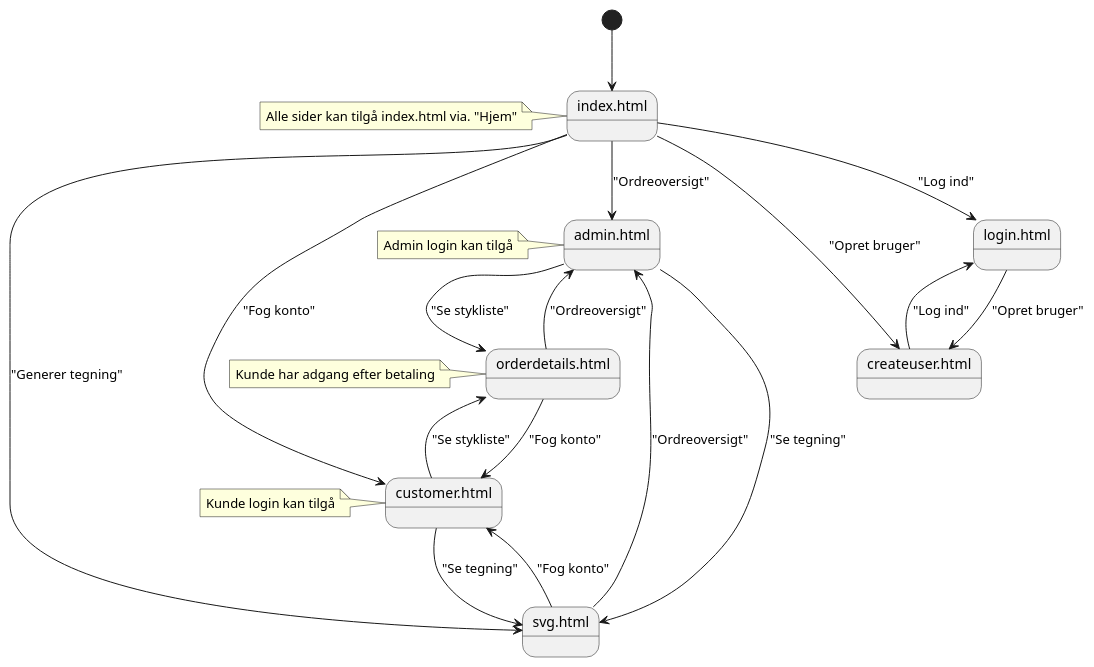
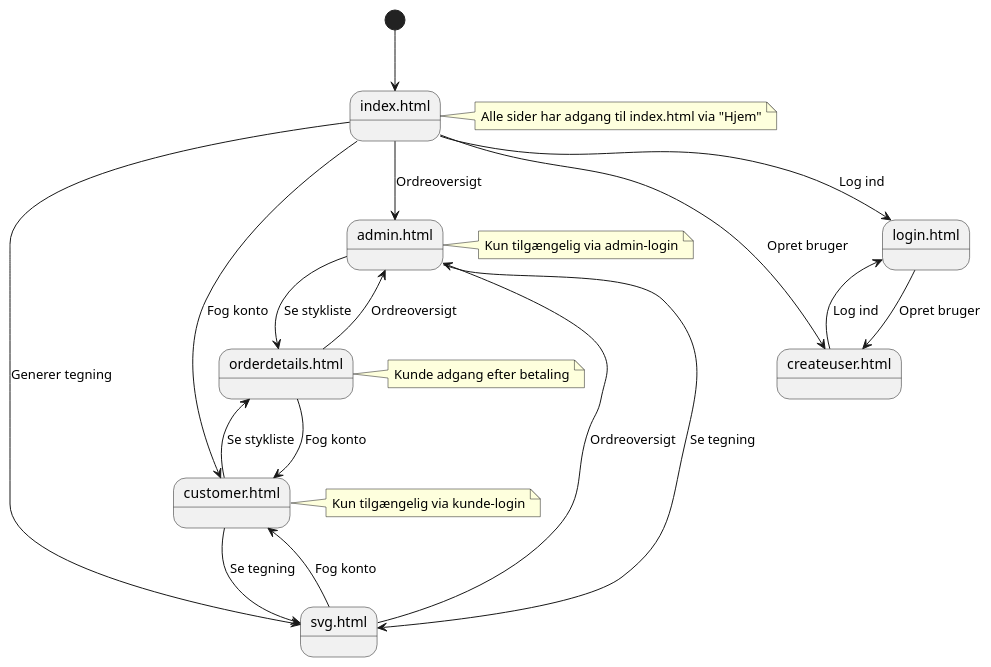
The diagram in docs/navigation_diagram2.puml (Mikkel-ao/Carport), drawn with PlantUML before and after one commit. The commit also changed 2 other files, not shown here.

Commit message:
Updated navigation diagrams

```diff
--- a/docs/navigation_diagram2.puml
+++ b/docs/navigation_diagram2.puml
@@ -1,42 +1,59 @@
 @startuml
+
 ' Initial state
 [*] --> Index
 
-
-' state to allow naming and coloring
+' States
 state "index.html" as Index
 state "login.html" as Login
 state "createuser.html" as Opret
 state "admin.html" as Admin
 state "customer.html" as Customer
 state "svg.html" as SVG
 state "orderdetails.html" as OrderDetails
 
-' States
-Index --> Login : "Log ind"
-Index --> Opret : "Opret bruger"
-Index --> Admin : "Ordreoversigt"
-Index --> Customer : "Fog konto"
-Index --> SVG : "Generer tegning"
-note left of Index : Alle sider kan tilgå index.html via. "Hjem"
-note left of Admin : Admin login kan tilgå
-note left of Customer : Kunde login kan tilgå
+' Navigation fra Index
+Index --> Login : Log ind
+Index --> Opret : Opret bruger
+Index --> Admin : Ordreoversigt
+Index --> Customer : Fog konto
+Index --> SVG : Generer tegning
 
-Login --> Opret : "Opret bruger"
+' Login og opret bruger
+Login --> Opret : Opret bruger
+Opret --> Login : Log ind
 
-Opret --> Login : "Log ind"
+' Admin navigation
+Admin --> SVG : Se tegning
+Admin --> OrderDetails : Se stykliste
 
-Admin --> SVG : "Se tegning"
-Admin --> OrderDetails : "Se stykliste"
+' Customer navigation
+Customer --> SVG : Se tegning
+Customer --> OrderDetails : Se stykliste
 
-Customer --> SVG : "Se tegning"
-Customer --> OrderDetails : "Se stykliste"
+' SVG navigation
+SVG --> Customer : Fog konto
+SVG --> Admin : Ordreoversigt
 
-SVG --> Customer : "Fog konto"
-SVG --> Admin : "Ordreoversigt"
+' OrderDetails navigation
+OrderDetails --> Admin : Ordreoversigt
+OrderDetails --> Customer : Fog konto
 
-OrderDetails --> Admin : "Ordreoversigt"
-OrderDetails --> Customer : "Fog konto"
-note left of OrderDetails : Kunde har adgang efter betaling
+' Noter
+note right of Index
+  Alle sider har adgang til index.html via "Hjem"
+end note
+
+note right of Admin
+  Kun tilgængelig via admin-login
+end note
+
+note right of Customer
+  Kun tilgængelig via kunde-login
+end note
+
+note right of OrderDetails
+  Kunde adgang efter betaling
+end note
 
 @enduml
```
